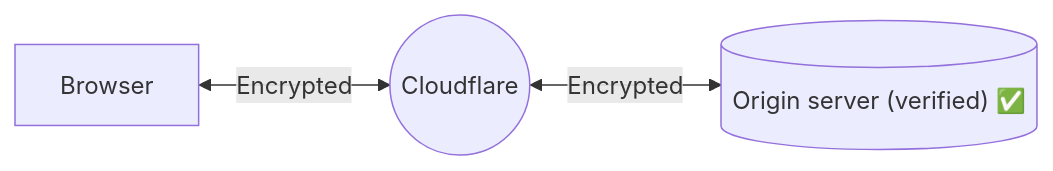
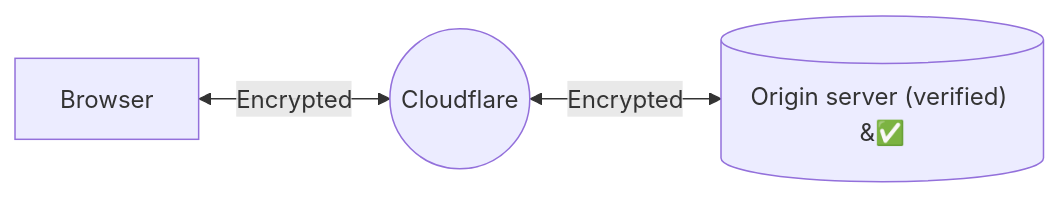
The diagram in content/ssl/origin-configuration/ssl-modes/ssl-only-origin-pull.md (rdhanarot/cloudflare-docs), drawn with Mermaid before and after one commit. The commit also changed 58 other files, not shown here.

````diff
--- a/content/ssl/origin-configuration/ssl-modes/ssl-only-origin-pull.md
+++ b/content/ssl/origin-configuration/ssl-modes/ssl-only-origin-pull.md
@@ -19,6 +19,6 @@
-<div class="mermaid">
+```mermaid
 flowchart LR
     accTitle: Strict (SSL-Only Origin Pull) SSL/TLS Encryption
     accDescr: With an encryption mode of Strict (SSL-Only Origin Pull), all connections to the origin will always be made using SSL/TLS.
     A[Browser] <--Encrypted--> B((Cloudflare))<--Encrypted--> C[("Origin server (verified) &#9989;")]
-</div>
+```
````
